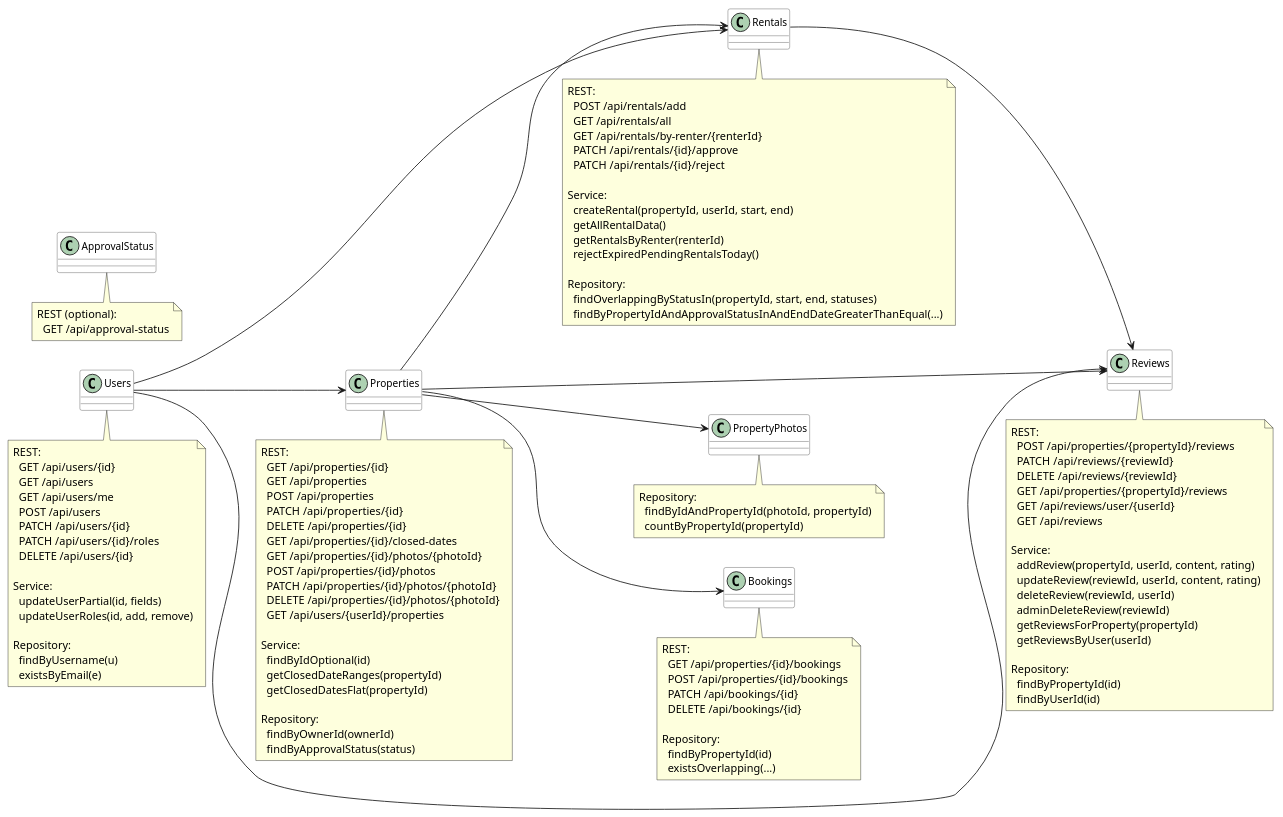
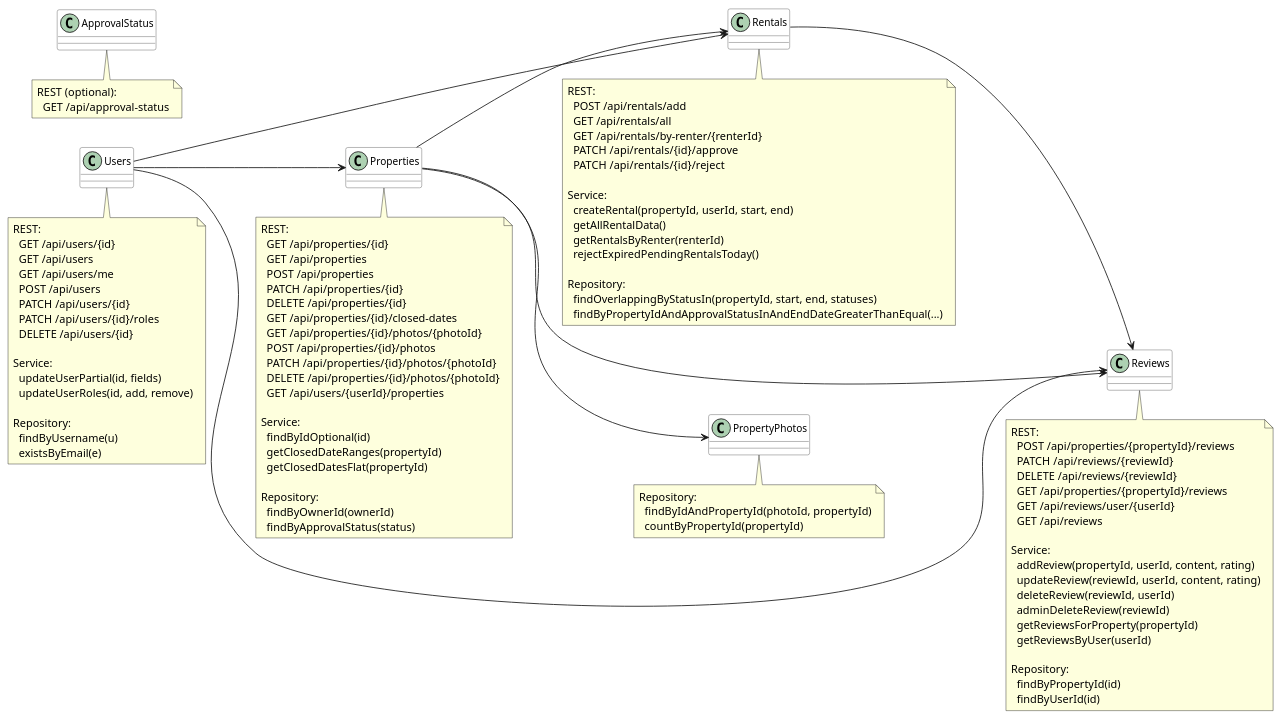
The second of 2 diagrams in system-architecture.puml (it2022031/DS-2025), drawn with PlantUML before and after one commit. The commit also changed other lines of this file and 13 other files, not shown here.

```diff
--- a/system-architecture.puml
+++ b/system-architecture.puml
@@ -109,134 +99,120 @@
 @startuml API_Services
 left to right direction
 skinparam shadowing false
 skinparam class {
   BackgroundColor White
   BorderColor #555555
   FontSize 12
 }
 
 class Users
 class Properties
 class Rentals
 class Reviews
 class PropertyPhotos
-class Bookings
 class ApprovalStatus
 
 note bottom of Users
 REST:
   GET /api/users/{id}
   GET /api/users
   GET /api/users/me
   POST /api/users
   PATCH /api/users/{id}
   PATCH /api/users/{id}/roles
   DELETE /api/users/{id}
 
 Service:
   updateUserPartial(id, fields)
   updateUserRoles(id, add, remove)
 
 Repository:
   findByUsername(u)
   existsByEmail(e)
 end note
 
 note bottom of Properties
 REST:
   GET /api/properties/{id}
   GET /api/properties
   POST /api/properties
   PATCH /api/properties/{id}
   DELETE /api/properties/{id}
   GET /api/properties/{id}/closed-dates
   GET /api/properties/{id}/photos/{photoId}
   POST /api/properties/{id}/photos
   PATCH /api/properties/{id}/photos/{photoId}
   DELETE /api/properties/{id}/photos/{photoId}
   GET /api/users/{userId}/properties
 
 Service:
   findByIdOptional(id)
   getClosedDateRanges(propertyId)
   getClosedDatesFlat(propertyId)
 
 Repository:
   findByOwnerId(ownerId)
   findByApprovalStatus(status)
 end note
 
 note bottom of Rentals
 REST:
   POST /api/rentals/add
   GET /api/rentals/all
   GET /api/rentals/by-renter/{renterId}
   PATCH /api/rentals/{id}/approve
   PATCH /api/rentals/{id}/reject
 
 Service:
   createRental(propertyId, userId, start, end)
   getAllRentalData()
   getRentalsByRenter(renterId)
   rejectExpiredPendingRentalsToday()
 
 Repository:
   findOverlappingByStatusIn(propertyId, start, end, statuses)
   findByPropertyIdAndApprovalStatusInAndEndDateGreaterThanEqual(...)
 end note
 
 note bottom of Reviews
 REST:
   POST /api/properties/{propertyId}/reviews
   PATCH /api/reviews/{reviewId}
   DELETE /api/reviews/{reviewId}
   GET /api/properties/{propertyId}/reviews
   GET /api/reviews/user/{userId}
   GET /api/reviews
 
 Service:
   addReview(propertyId, userId, content, rating)
   updateReview(reviewId, userId, content, rating)
   deleteReview(reviewId, userId)
   adminDeleteReview(reviewId)
   getReviewsForProperty(propertyId)
   getReviewsByUser(userId)
 
 Repository:
   findByPropertyId(id)
   findByUserId(id)
 end note
 
 note bottom of PropertyPhotos
 Repository:
   findByIdAndPropertyId(photoId, propertyId)
   countByPropertyId(propertyId)
 end note
 
-note bottom of Bookings
-REST:
-  GET /api/properties/{id}/bookings
-  POST /api/properties/{id}/bookings
-  PATCH /api/bookings/{id}
-  DELETE /api/bookings/{id}
-
-Repository:
-  findByPropertyId(id)
-  existsOverlapping(...)
-end note
-
 note bottom of ApprovalStatus
 REST (optional):
   GET /api/approval-status
 end note
 
 ' Optional arrows for readability
 Users --> Properties
 Users --> Rentals
 Users --> Reviews
 Properties --> PropertyPhotos
 Properties --> Rentals
 Properties --> Reviews
-Properties --> Bookings
 Rentals --> Reviews
 @enduml
```
